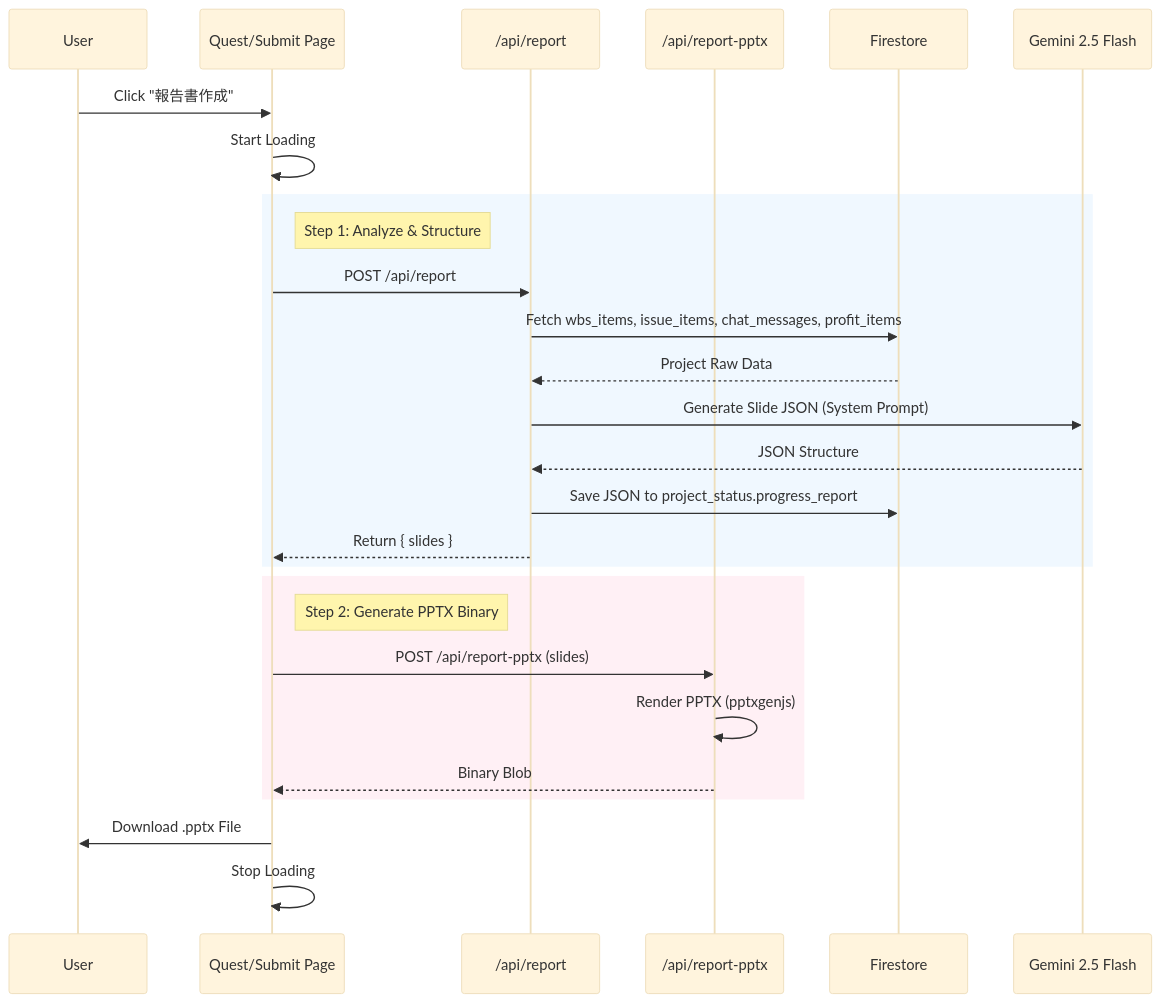
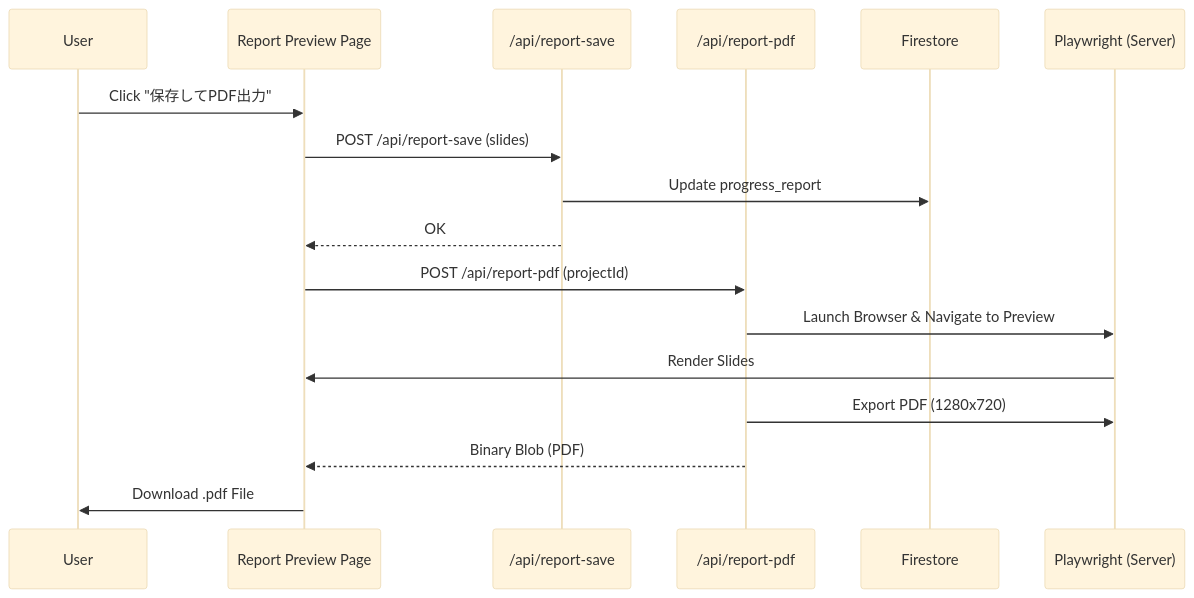
Before and after one commit to NarumiKomaba/AI-Hackathon-2025: the first of 3 diagrams in doc/detailed_design.md, drawn with Mermaid (base theme). The commit also changed other lines of this file and 4 other files, not shown here.

Commit message:
doc: transition to PDF-exclusive reporting system and disable PPTX export

````diff
--- a/doc/detailed_design.md
+++ b/doc/detailed_design.md
@@ -183,33 +178,22 @@
 ```mermaid
 sequenceDiagram
     participant User
-    participant Page as Quest/Submit Page
-    participant API_Rep as /api/report
-    participant API_Ppt as /api/report-pptx
+    participant Page as Report Preview Page
+    participant API_Save as /api/report-save
+    participant API_PDF as /api/report-pdf
     participant DB as Firestore
-    participant AI as Gemini 2.5 Flash
+    participant PW as Playwright (Server)
 
-    User->>Page: Click "報告書作成"
-    Page->>Page: Start Loading
-    
-    rect rgb(240, 248, 255)
-        note right of Page: Step 1: Analyze & Structure
-        Page->>API_Rep: POST /api/report
-        API_Rep->>DB: Fetch wbs_items, issue_items, chat_messages, profit_items
-        DB-->>API_Rep: Project Raw Data
-        API_Rep->>AI: Generate Slide JSON (System Prompt)
-        AI-->>API_Rep: JSON Structure
-        API_Rep->>DB: Save JSON to project_status.progress_report
-        API_Rep-->>Page: Return { slides }
-    end
+    User->>Page: Click "保存してPDF出力"
+    Page->>API_Save: POST /api/report-save (slides)
+    API_Save->>DB: Update progress_report
+    API_Save-->>Page: OK
 
-    rect rgb(255, 240, 245)
-        note right of Page: Step 2: Generate PPTX Binary
-        Page->>API_Ppt: POST /api/report-pptx (slides)
-        API_Ppt->>API_Ppt: Render PPTX (pptxgenjs)
-        API_Ppt-->>Page: Binary Blob
-    end
+    Page->>API_PDF: POST /api/report-pdf (projectId)
+    API_PDF->>PW: Launch Browser & Navigate to Preview
+    PW->>Page: Render Slides
+    API_PDF->>PW: Export PDF (1280x720)
+    API_PDF-->>Page: Binary Blob (PDF)
 
-    Page->>User: Download .pptx File
-    Page->>Page: Stop Loading
+    Page->>User: Download .pdf File
 ```
````
